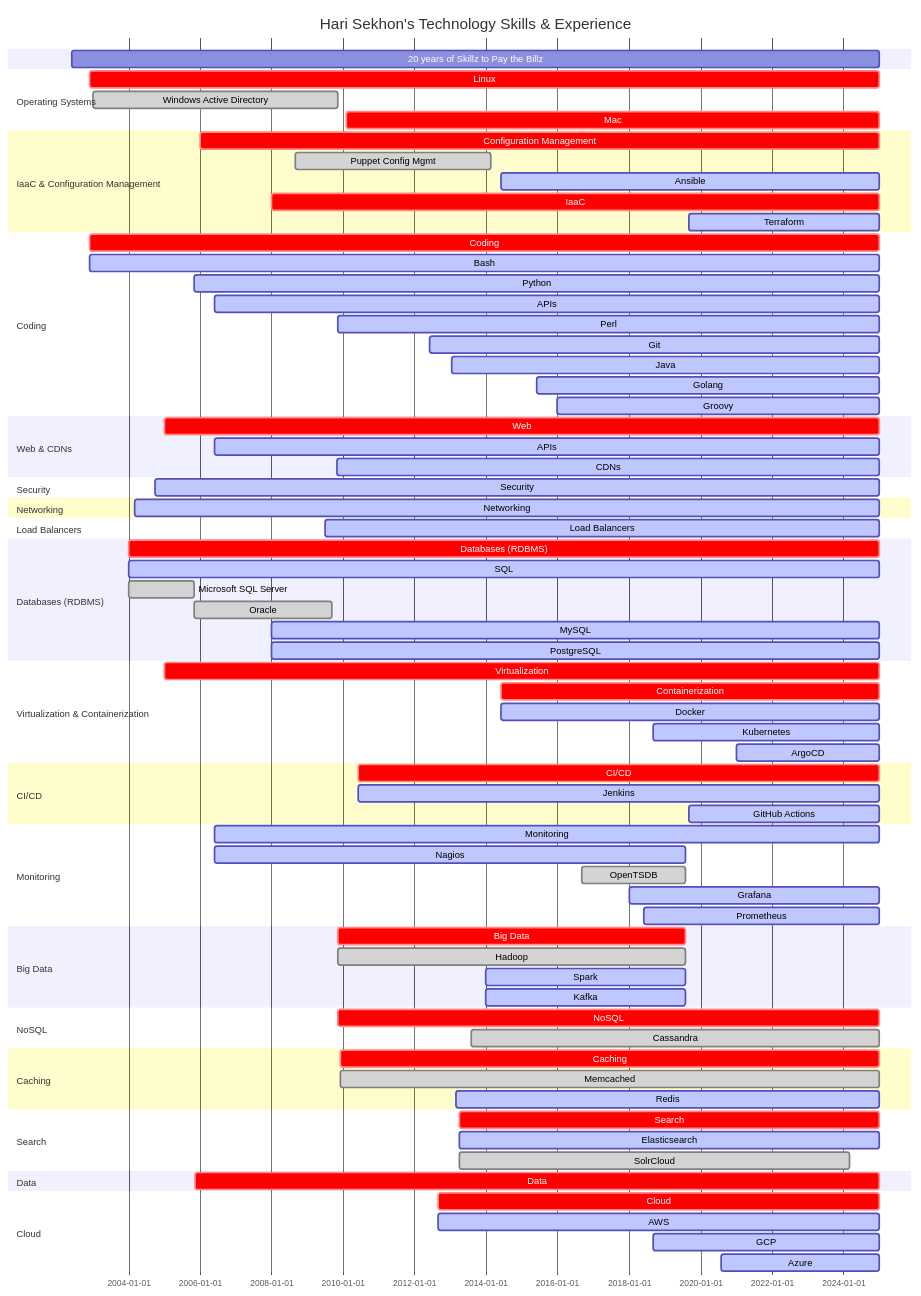
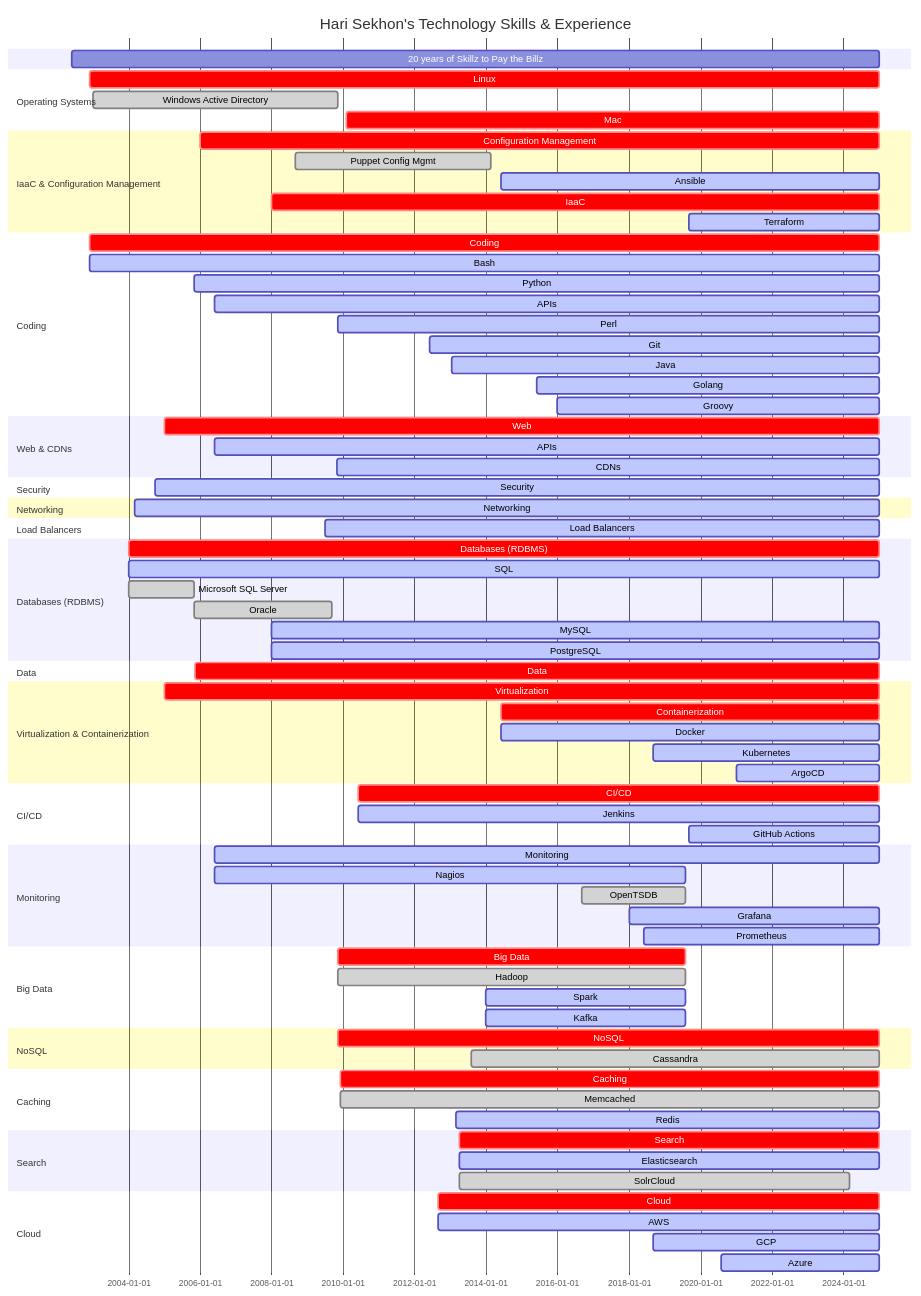
The diagram in README.md (HariSekhon/HariSekhon), drawn with Mermaid before and after one commit. The commit also changed other lines of this file, not shown here.

```diff
--- a/README.md
+++ b/README.md
@@ -365,6 +365,11 @@
     MySQL                  : active, 2008-01-01, 2024-12-31
     PostgreSQL             : active, 2008-01-01, 2024-12-31
 
+    section Data
+    Data                   : crit, 2005-11-11, 2024-12-31
+    %%Data Validation        : done, 2006-06-01, 2024-12-31
+    %%Data Science           : done, 2013-01-18, 2024-12-31
+
     section Virtualization & Containerization
     Virtualization         : crit, 2005-01-01, 2024-12-31
     %%VMware ESX, ESXi, VirtualBox : done, 2005-01-01, 2017-02-16
@@ -429,11 +434,6 @@
     %%Kibana                 : crit, 2013-03-31, 2024-12-31
     SolrCloud              : done, 2013-04-01, 2024-03-01
 
-    section Data
-    Data                   : crit, 2005-11-11, 2024-12-31
-    %%Data Validation        : done, 2006-06-01, 2024-12-31
-    %%Data Science           : done, 2013-01-18, 2024-12-31
-
     section Cloud
     Cloud            : crit, 2012-09-01, 2024-12-31
     AWS              : active, 2012-09-01, 2024-12-31
```
